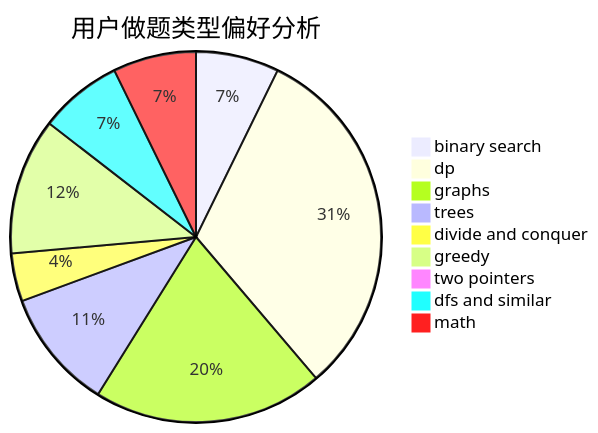
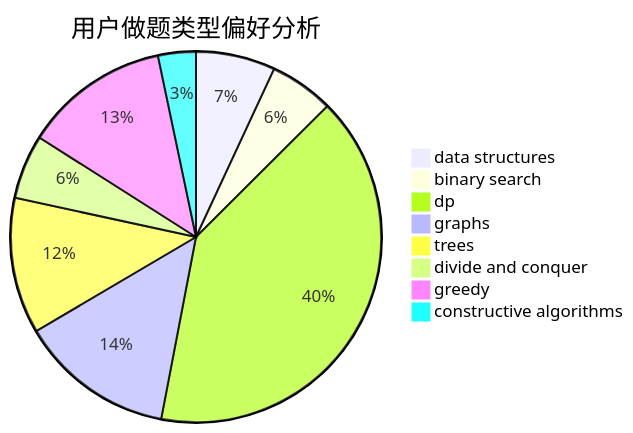
One commit to sherpahu/cfrs.github.io changed the second of 3 diagrams in docs/user/u170.md. Above: the diagram before and after it, drawn with Mermaid. The commit also changed other lines of this file and 2775 other files, not shown here.

````diff
--- a/docs/user/u170.md
+++ b/docs/user/u170.md
@@ -23,12 +23,11 @@
 ```mermaid
 pie title 用户做题类型偏好分析
-    "binary search" :  142
-    "dp" :  617
-    "graphs" :  393
-    "trees" :  206
-    "divide and conquer" :  82
-    "greedy" :  233
-    "two pointers" :  4
-    "dfs and similar" :  142
-    "math" :  142
+    "data structures" :  84
+    "binary search" :  68
+    "dp" :  491
+    "graphs" :  164
+    "trees" :  144
+    "divide and conquer" :  68
+    "greedy" :  154
+    "constructive algorithms" :  40
 ```
````
